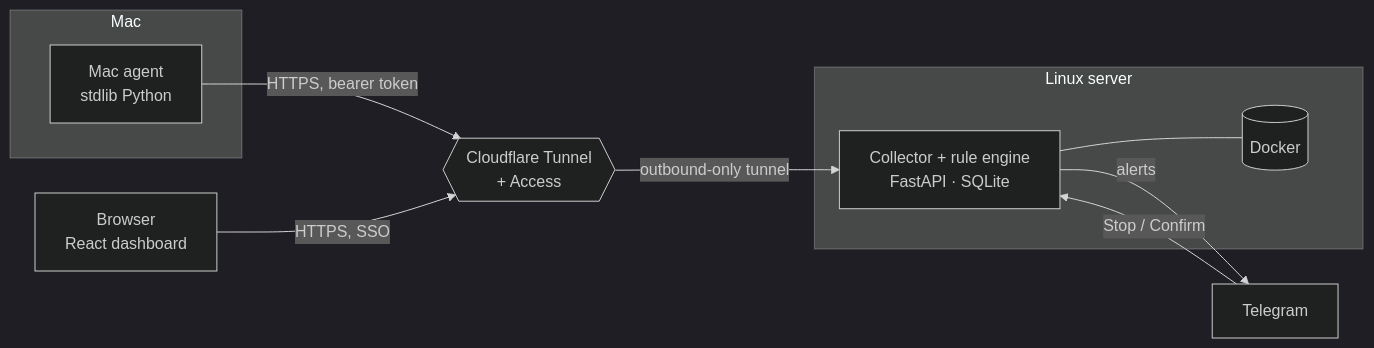
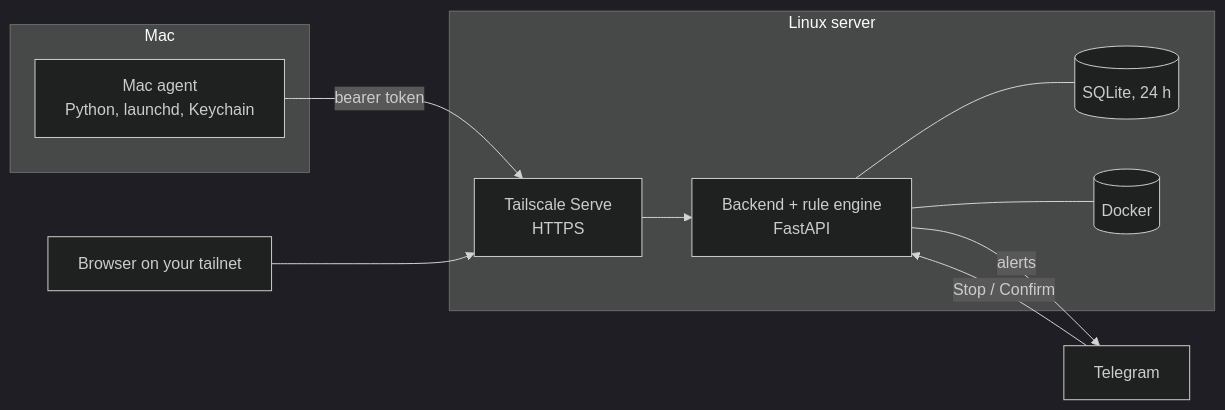
Before and after one commit to ShivaSai06/astra-watch: the diagram in README.md, drawn with Mermaid (dark theme). The commit also changed other lines of this file and 36 other files, not shown here.

First line of the commit message:
Move remote access to Tailscale, split refresh intervals, add docs and landing page

````diff
--- a/README.md
+++ b/README.md
@@ -34,20 +40,21 @@
 ```mermaid
 flowchart LR
     subgraph Mac
-      A[Mac agent<br/>stdlib Python]
+      A[Mac agent<br/>Python, launchd, Keychain]
     end
     subgraph Server["Linux server"]
-      C[Collector + rule engine<br/>FastAPI · SQLite]
-      D[(Docker)]
+      T[Tailscale Serve<br/>HTTPS]
+      C[Backend + rule engine<br/>FastAPI]
+      D[(SQLite, 24 h)]
+      K[(Docker)]
+      T --> C
       C --- D
+      C --- K
     end
-    B[Browser<br/>React dashboard]
-    T[Telegram]
-    CF{{Cloudflare Tunnel<br/>+ Access}}
-
-    A -- "HTTPS, bearer token" --> CF
-    B -- "HTTPS, SSO" --> CF
-    CF -- "outbound-only tunnel" --> C
-    C -- alerts --> T
-    T -- "Stop / Confirm" --> C
+    B[Browser on your tailnet]
+    G[Telegram]
+    A -- "bearer token" --> T
+    B --> T
+    C -- alerts --> G
+    G -- "Stop / Confirm" --> C
 ```
````
